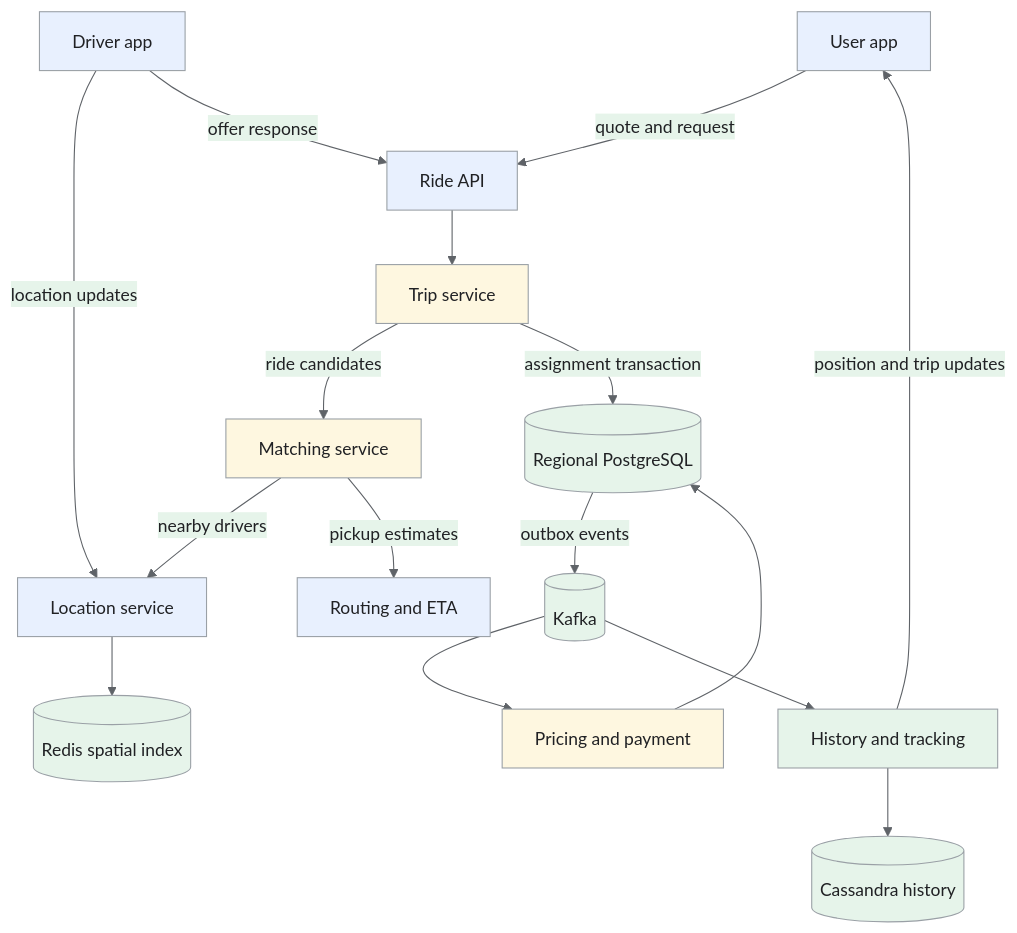
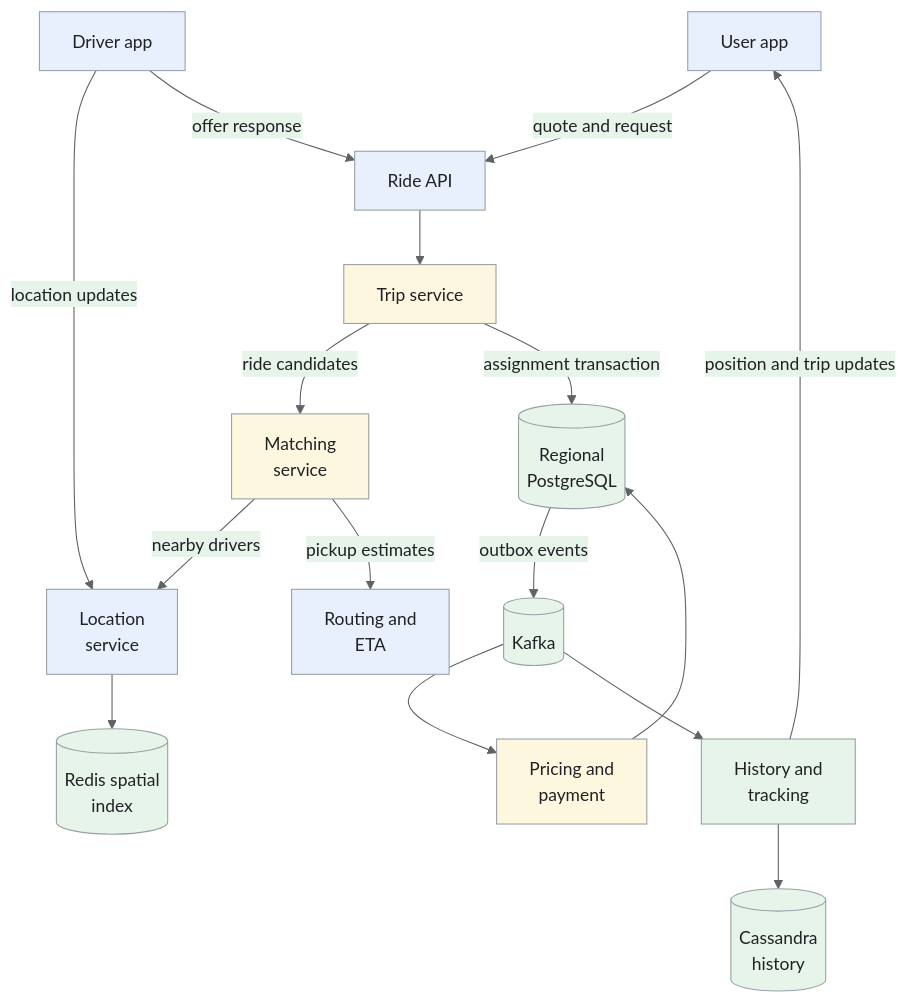
The first of 5 diagrams in _designs/system-design-uber.md (iliazlobin/iliazlobin.github.io), drawn with Mermaid before and after one commit. The commit also changed other lines of this file and 116 other files, not shown here.

````diff
--- a/_designs/system-design-uber.md
+++ b/_designs/system-design-uber.md
@@ -165,26 +165,26 @@
 ```mermaid
-%%{init: {'theme':'base','themeVariables':{'primaryColor':'#e8f0fe','primaryTextColor':'#202124','primaryBorderColor':'#9aa0a6','lineColor':'#5f6368','secondaryColor':'#e6f4ea','tertiaryColor':'#fef7e0','actorBkg':'#e8f0fe','actorBorder':'#9aa0a6','actorTextColor':'#202124','noteBkgColor':'#fef7e0','noteTextColor':'#202124','noteBorderColor':'#9aa0a6','signalColor':'#5f6368','signalTextColor':'#202124','labelBoxBkgColor':'#fef7e0','labelBoxBorderColor':'#9aa0a6'}}}%%
+%%{init: {"theme":"base","themeVariables":{"primaryColor":"#e8f0fe","primaryBorderColor":"#9aa0a6","primaryTextColor":"#202124","secondaryColor":"#e6f4ea","tertiaryColor":"#fef7e0","lineColor":"#5f6368","actorBkg":"#e8f0fe","actorBorder":"#9aa0a6","actorTextColor":"#202124","noteBkgColor":"#fef7e0","noteBorderColor":"#9aa0a6","noteTextColor":"#202124","signalColor":"#5f6368","signalTextColor":"#202124"}}}%%
 flowchart TB
   U[User app] -->|quote and request| API[Ride API]
-  D[Driver app] -->|location updates| L[Location service]
+  D[Driver app] -->|location updates| L["Location<br>service"]
   D -->|offer response| API
   API --> T[Trip service]
-  T -->|ride candidates| M[Matching service]
+  T -->|ride candidates| M["Matching<br>service"]
   M -->|nearby drivers| L
-  L --> R[(Redis spatial index)]
-  M -->|pickup estimates| E[Routing and ETA]
-  T -->|assignment transaction| DB[(Regional PostgreSQL)]
+  L --> R[("Redis spatial<br>index")]
+  M -->|pickup estimates| E["Routing and<br>ETA"]
+  T -->|assignment transaction| DB[("Regional<br>PostgreSQL")]
   DB -->|outbox events| K[(Kafka)]
-  K --> P[Pricing and payment]
-  K --> H[History and tracking]
+  K --> P["Pricing and<br>payment"]
+  K --> H["History and<br>tracking"]
   H -->|position and trip updates| U
-  H --> C[(Cassandra history)]
+  H --> C[("Cassandra<br>history")]
   P --> DB
 classDef request fill:#e8f0fe,stroke:#9aa0a6,color:#202124;
 classDef data fill:#e6f4ea,stroke:#9aa0a6,color:#202124;
 classDef control fill:#fef7e0,stroke:#9aa0a6,color:#202124;
 class U,API,D,L,E request;
 class R,DB,K,H,C data;
 class T,M,P control;
 
 ```
````
